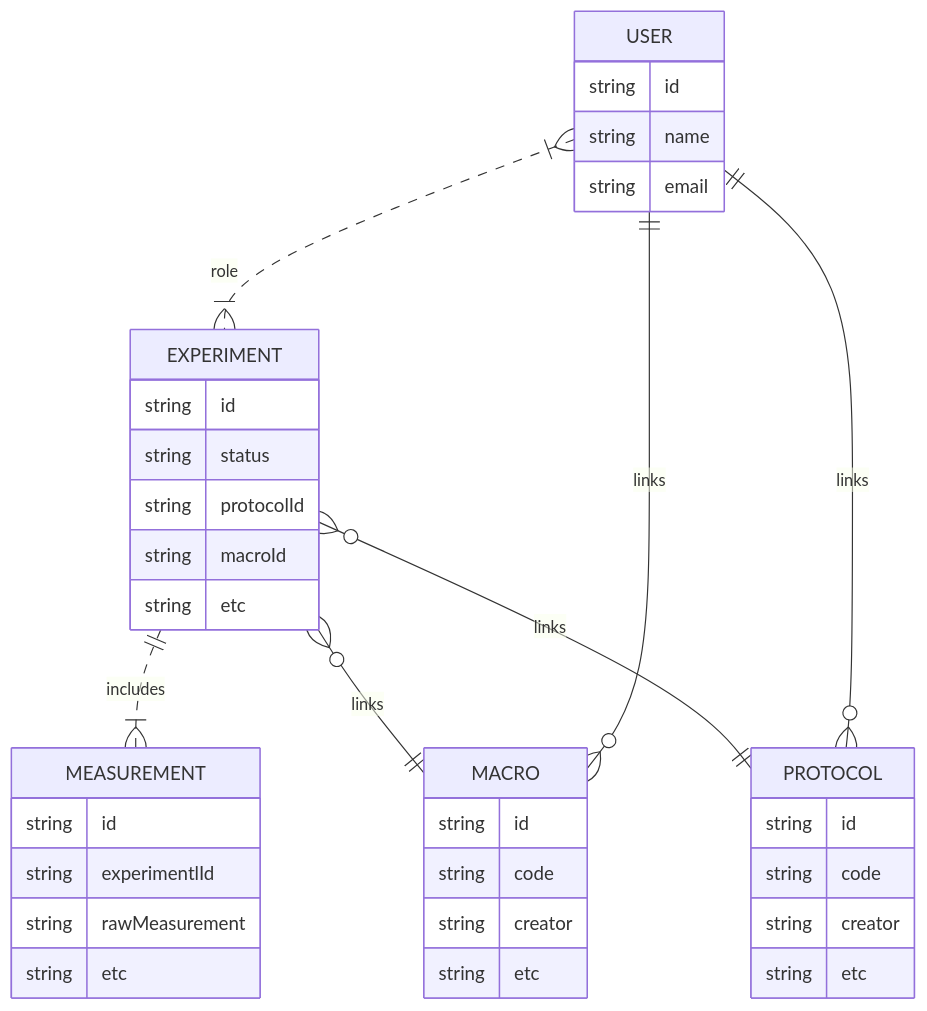
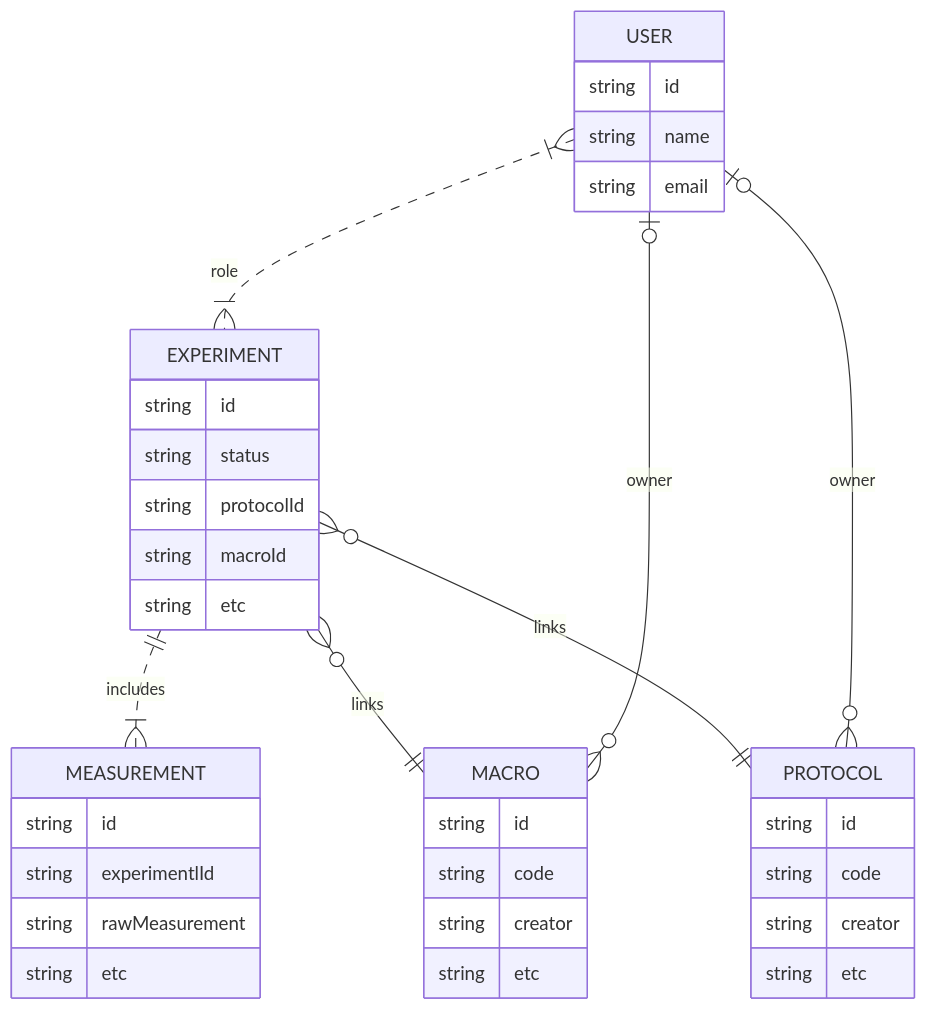
Before and after one commit to oebe/test: the diagram in mermaid.md, drawn with Mermaid.

Commit message:
Update relationships in mermaid diagram

````diff
--- a/mermaid.md
+++ b/mermaid.md
@@ -1,41 +1,41 @@
 ```mermaid
 erDiagram
     USER }|..|{ EXPERIMENT : role
     EXPERIMENT ||..|{ MEASUREMENT : includes
     EXPERIMENT }o--|| MACRO : links
     EXPERIMENT }o--|| PROTOCOL : links
-    USER ||--o{ MACRO : links
-    USER ||--o{ PROTOCOL : links
+    USER |o--o{ MACRO : owner
+    USER |o--o{ PROTOCOL : owner
     USER {
         string id
         string name
         string email
     }
     EXPERIMENT {
         string id
         string status
         string protocolId
         string macroId
         string etc
 
     }    
     MEASUREMENT {
         string id
         string experimentlId
         string rawMeasurement
         string etc
     }
     PROTOCOL {
         string id
         string code
         string creator
         string etc
     }
     MACRO {
         string id
         string code
         string creator
         string etc
     }
 
 ```
````
